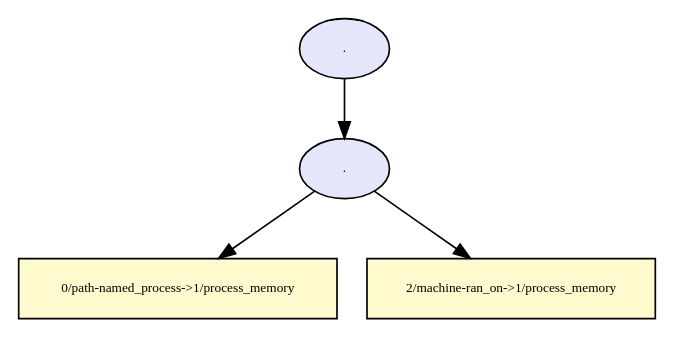
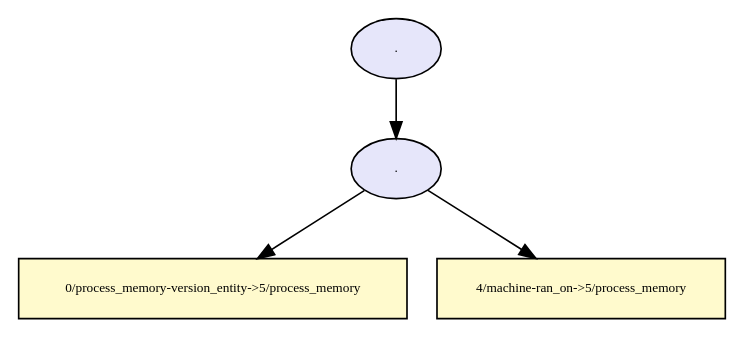
The diagram in dot/provenance_sk_alloc_security_tree.dot (TinkerBellSystem/graph-matching), drawn with Graphviz before and after one commit. The commit also changed 70 other files, not shown here.

```diff
--- a/dot/provenance_sk_alloc_security_tree.dot
+++ b/dot/provenance_sk_alloc_security_tree.dot
@@ -1,15 +1,15 @@
-digraph RGL__DirectedAdjacencyGraph {3[fontsize = 8,label = ".",shape = ellipse, fillcolor="#e6e6fa", style = filled]
+digraph RGL__DirectedAdjacencyGraph {6[fontsize = 8,label = ".",shape = ellipse, fillcolor="#e6e6fa", style = filled]
 
-3 -> 2[fontsize = 8, color="#000000"]
+6 -> 5[fontsize = 8, color="#000000"]
 
-2[fontsize = 8,label = ".",shape = ellipse, fillcolor="#e6e6fa", style = filled]
+5[fontsize = 8,label = ".",shape = ellipse, fillcolor="#e6e6fa", style = filled]
 
-2 -> 0[fontsize = 8, color="#000000"]
+5 -> 3[fontsize = 8, color="#000000"]
 
-0[fontsize = 8,label = "0/path-named_process->1/process_memory",shape = rectangle, fillcolor="#fffacd", style = filled]
+3[fontsize = 8,label = "0/process_memory-version_entity->5/process_memory",shape = rectangle, fillcolor="#fffacd", style = filled]
 
-2 -> 1[fontsize = 8, color="#000000"]
+5 -> 4[fontsize = 8, color="#000000"]
 
-1[fontsize = 8,label = "2/machine-ran_on->1/process_memory",shape = rectangle, fillcolor="#fffacd", style = filled]
+4[fontsize = 8,label = "4/machine-ran_on->5/process_memory",shape = rectangle, fillcolor="#fffacd", style = filled]
 
 }
```
